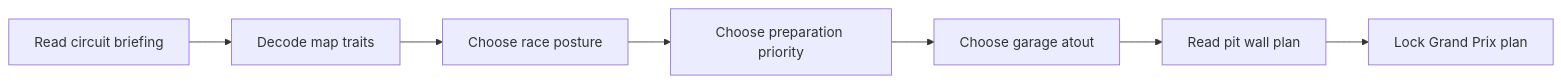
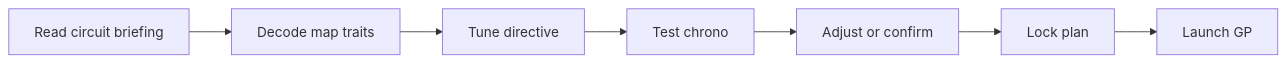
Before and after one commit to AlexAgo83/cr-league: the diagram in logics/product/prod_009_pit_wall_race_plan_product_brief.md, drawn with Mermaid. The commit also changed other lines of this file and 8 other files, not shown here.

````diff
--- a/logics/product/prod_009_pit_wall_race_plan_product_brief.md
+++ b/logics/product/prod_009_pit_wall_race_plan_product_brief.md
@@ -14,9 +14,9 @@
 ```mermaid
 flowchart LR
   Briefing[Read circuit briefing] --> Traits[Decode map traits]
-  Traits --> Approach[Choose race posture]
-  Approach --> Preparation[Choose preparation priority]
-  Preparation --> Card[Choose garage atout]
-  Card --> Summary[Read pit wall plan]
-  Summary --> Lock[Lock Grand Prix plan]
+  Traits --> Tune[Tune directive]
+  Tune --> Chrono[Test chrono]
+  Chrono --> Adjust[Adjust or confirm]
+  Adjust --> Lock[Lock plan]
+  Lock --> GP[Launch GP]
 ```
````
